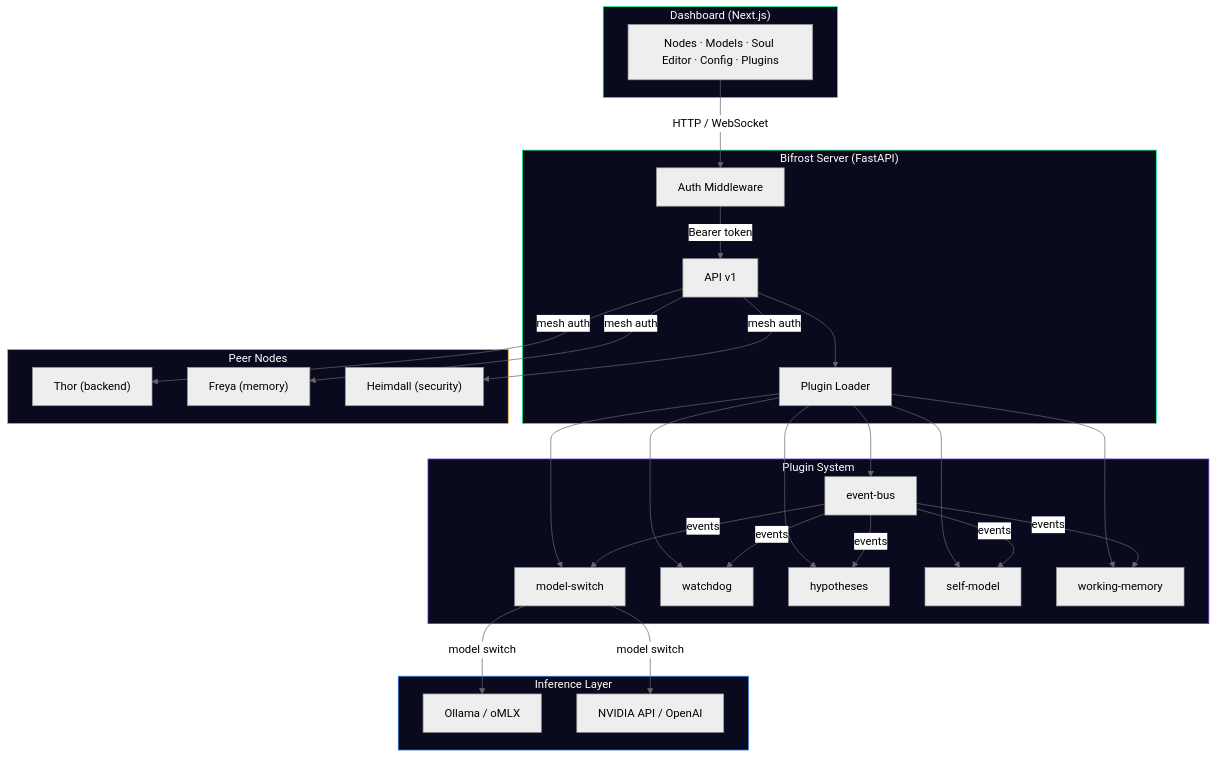
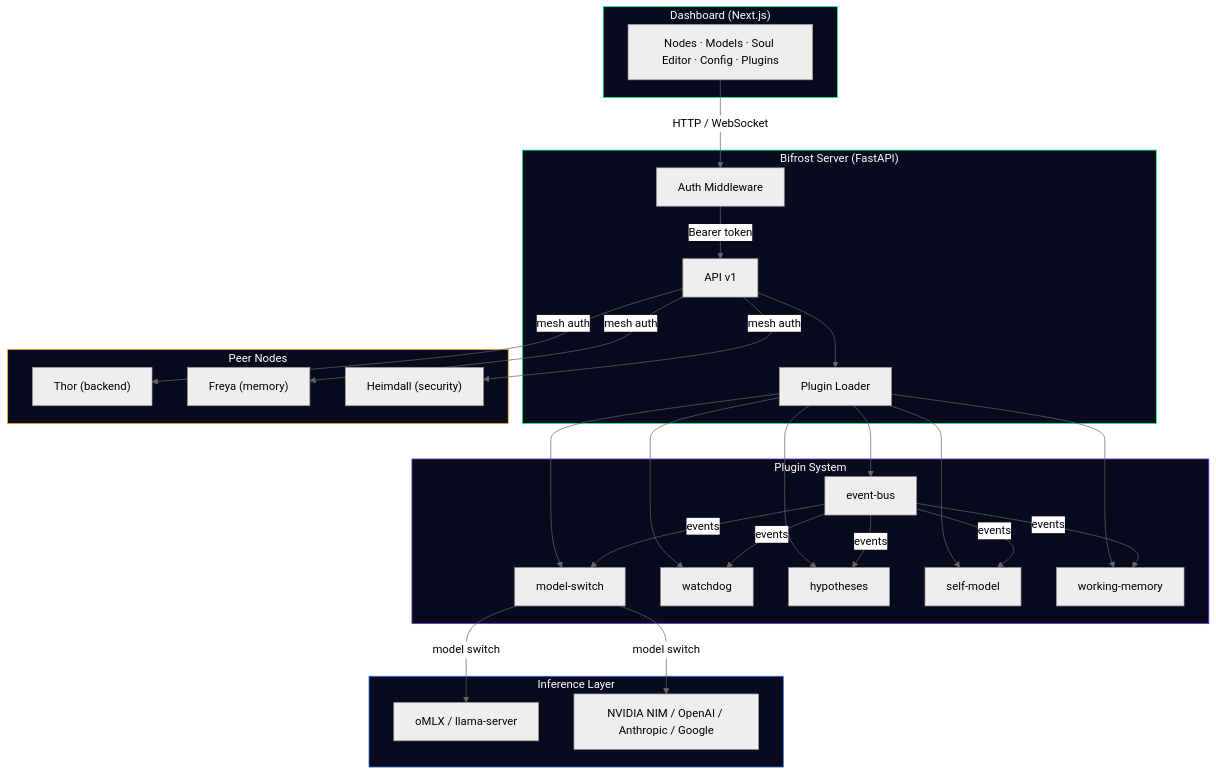
Before and after one commit to fireside-labs/fireside: the first of 2 diagrams in README.md, drawn with Mermaid (neutral theme). The commit also changed other lines of this file and 3 other files, not shown here.

````diff
--- a/README.md
+++ b/README.md
@@ -53,46 +51,46 @@
 ```mermaid
 flowchart TB
     subgraph Dashboard ["Dashboard (Next.js)"]
         UI["Nodes · Models · Soul Editor · Config · Plugins"]
     end
 
     subgraph Bifrost ["Bifrost Server (FastAPI)"]
         API["API v1"]
         PL["Plugin Loader"]
         AUTH["Auth Middleware"]
     end
 
     subgraph Plugins ["Plugin System"]
         MS["model-switch"]
         WD["watchdog"]
         HYP["hypotheses"]
         SM["self-model"]
         WM["working-memory"]
         EB["event-bus"]
     end
 
     subgraph Inference ["Inference Layer"]
-        LOCAL["Ollama / oMLX"]
-        CLOUD["NVIDIA API / OpenAI"]
+        LOCAL["oMLX / llama-server"]
+        CLOUD["NVIDIA NIM / OpenAI / Anthropic / Google"]
     end
 
     subgraph Mesh ["Peer Nodes"]
         THOR["Thor (backend)"]
         FREYA["Freya (memory)"]
         HEIMDALL["Heimdall (security)"]
     end
 
     UI -->|"HTTP / WebSocket"| AUTH
     AUTH -->|"Bearer token"| API
     API --> PL
     PL --> MS & WD & HYP & SM & WM & EB
     MS -->|"model switch"| LOCAL & CLOUD
     EB -->|"events"| MS & WD & HYP & SM & WM
     API -->|"mesh auth"| THOR & FREYA & HEIMDALL
 
     style Dashboard fill:#0a0a1f,stroke:#00ff88,color:#fff
     style Bifrost fill:#0a0a1f,stroke:#00ff88,color:#fff
     style Plugins fill:#0a0a1f,stroke:#7c3aed,color:#fff
     style Inference fill:#0a0a1f,stroke:#3b82f6,color:#fff
     style Mesh fill:#0a0a1f,stroke:#f59e0b,color:#fff
 ```
````
